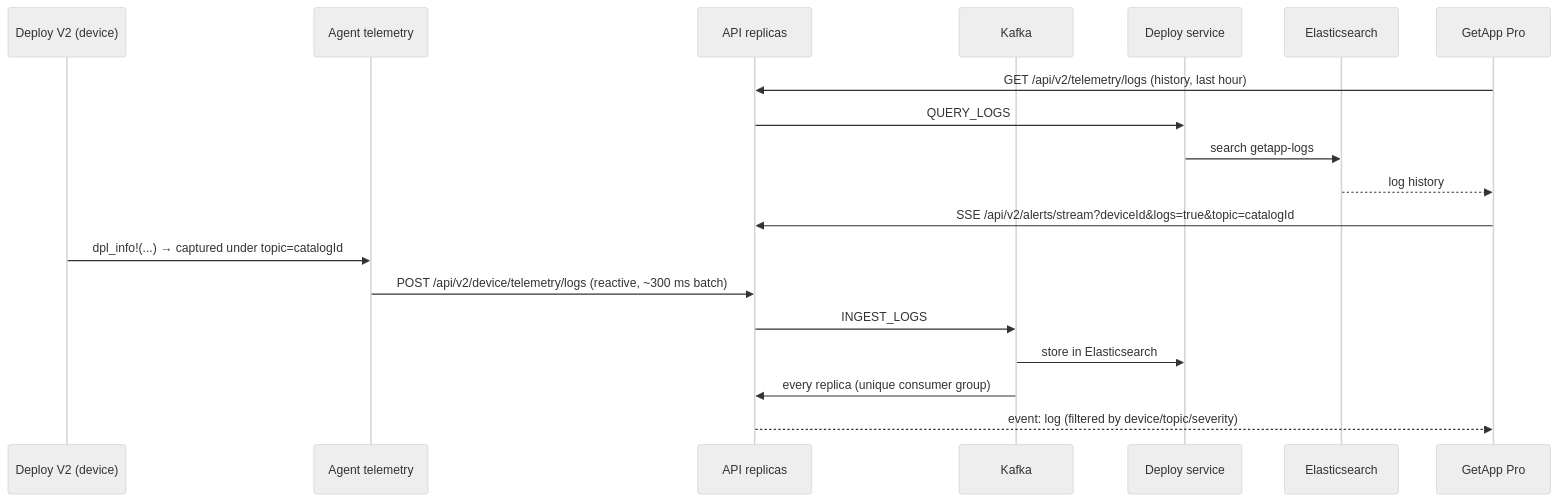
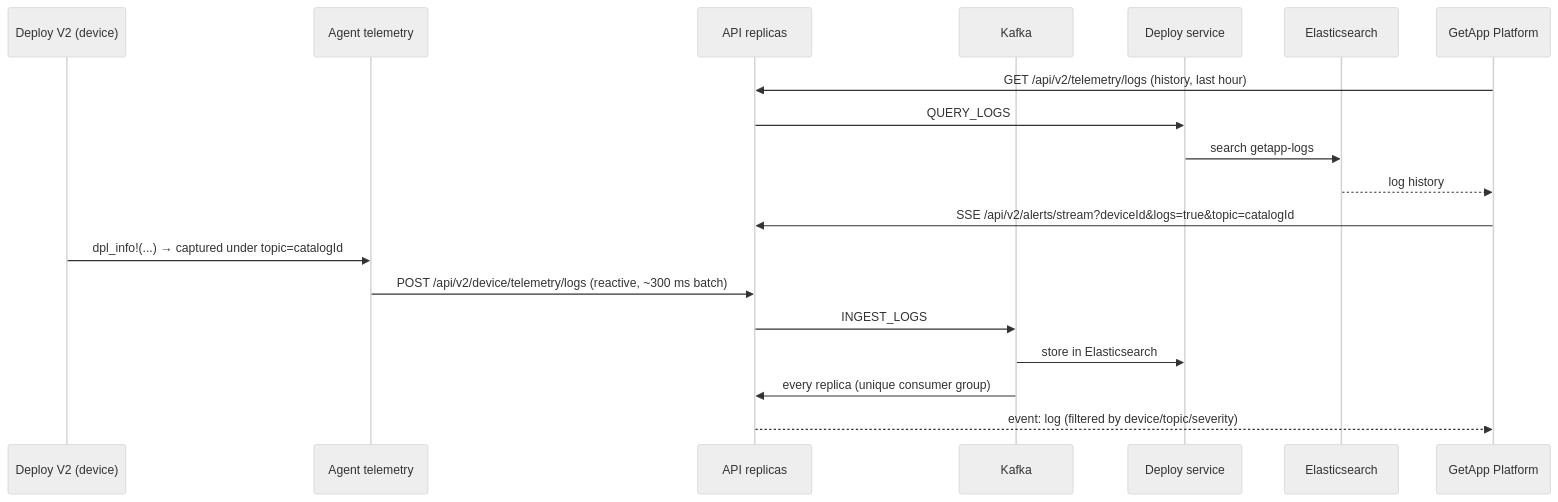
One commit to getappsh/docs changed the second of 2 diagrams in docs/root/technician/agent/observability/telemetry.md. Above: the diagram before and after it, drawn with Mermaid (neutral theme). The commit also changed other lines of this file and 5 other files, not shown here.

Commit message:
docs: rename GetApp Pro to GetApp Platform; drop legacy dashboard GitOps section

````diff
--- a/docs/root/technician/agent/observability/telemetry.md
+++ b/docs/root/technician/agent/observability/telemetry.md
@@ -460,22 +460,22 @@
 ```mermaid
 sequenceDiagram
     participant Dep as Deploy V2 (device)
     participant Ag as Agent telemetry
     participant API as API replicas
     participant K as Kafka
     participant DS as Deploy service
     participant ES as Elasticsearch
-    participant UI as GetApp Pro
+    participant UI as GetApp Platform
 
     UI->>API: GET /api/v2/telemetry/logs (history, last hour)
     API->>DS: QUERY_LOGS
     DS->>ES: search getapp-logs
     ES-->>UI: log history
     UI->>API: SSE /api/v2/alerts/stream?deviceId&logs=true&topic=catalogId
     Dep->>Ag: dpl_info!(...) → captured under topic=catalogId
     Ag->>API: POST /api/v2/device/telemetry/logs (reactive, ~300 ms batch)
     API->>K: INGEST_LOGS
     K->>DS: store in Elasticsearch
     K->>API: every replica (unique consumer group)
     API-->>UI: event: log (filtered by device/topic/severity)
 ```
````
